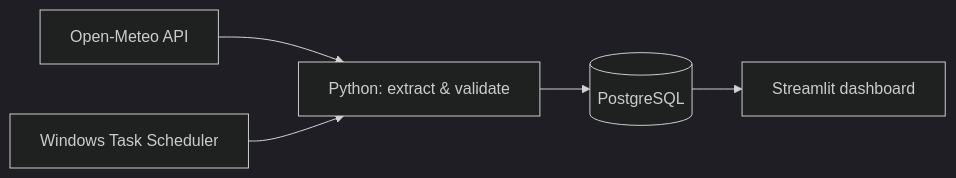
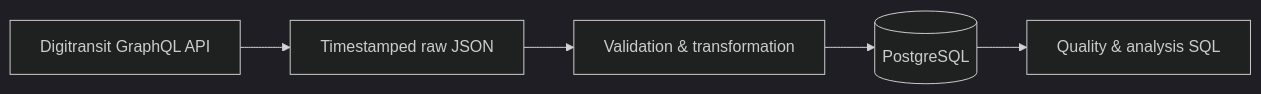
The second of 2 diagrams in README.md (Neupane-pradip/Neupane-pradip), drawn with Mermaid (dark theme) before and after one commit. The commit also changed other lines of this file, not shown here.

````diff
--- a/README.md
+++ b/README.md
@@ -39,7 +75,7 @@
 ```mermaid
 flowchart LR
-    API["Open-Meteo API"] --> PY["Python: extract & validate"]
-    S["Windows Task Scheduler"] --> PY
-    PY --> DB[("PostgreSQL")]
-    DB --> UI["Streamlit dashboard"]
+    API["Digitransit GraphQL API"] --> RAW["Timestamped raw JSON"]
+    RAW --> VAL["Validation & transformation"]
+    VAL --> PG[("PostgreSQL")]
+    PG --> SQL["Quality & analysis SQL"]
 ```
````
